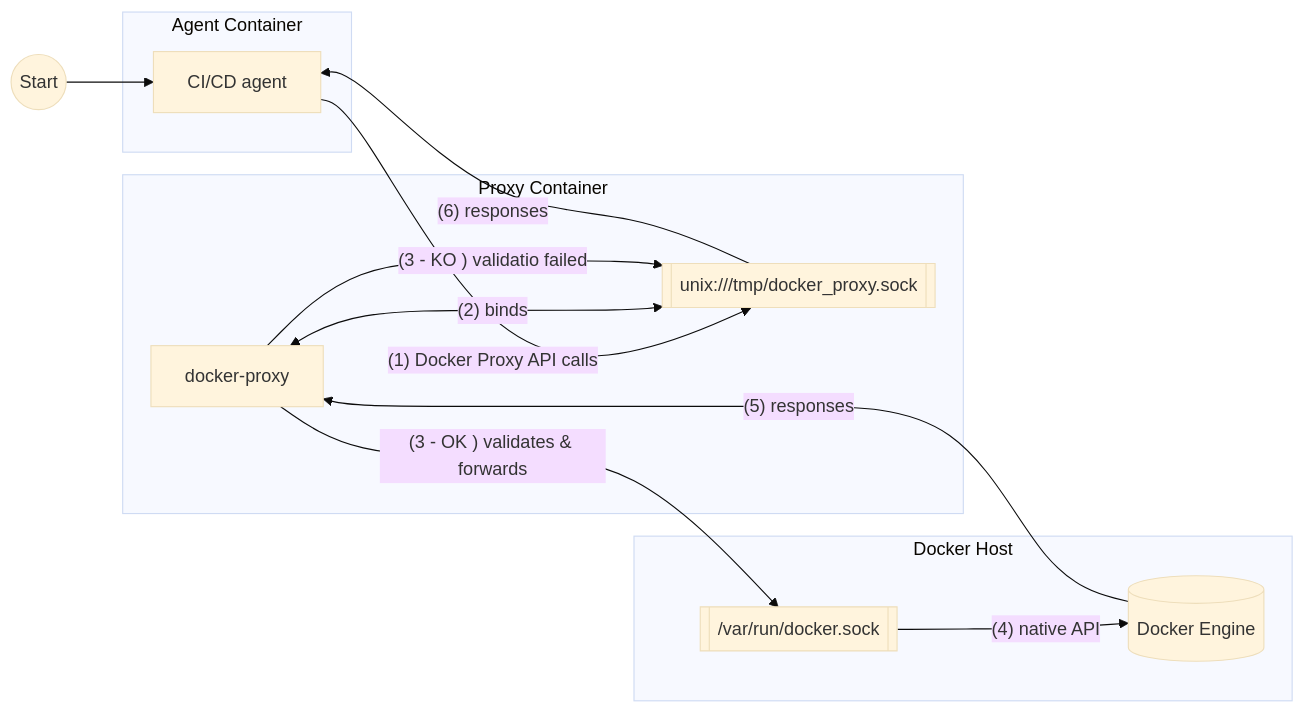
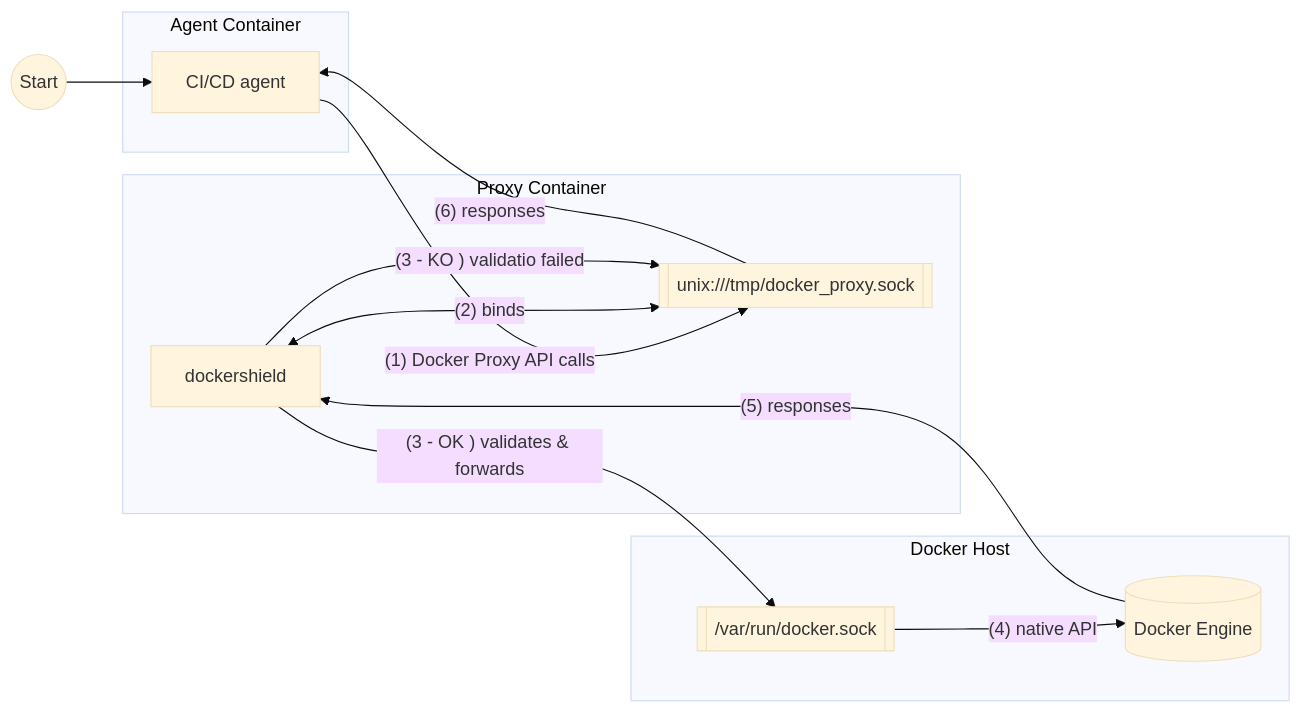
The diagram in README.md (hypolas/docker-proxy), drawn with Mermaid (base theme) before and after one commit. The commit also changed other lines of this file and 34 other files, not shown here.

````diff
--- a/README.md
+++ b/README.md
@@ -280,27 +280,27 @@
 ```mermaid
 graph LR
     subgraph "Agent Container"
         agent[CI/CD agent]
     end
 
     subgraph "Proxy Container"
-        proxy[docker-proxy]
+        proxy[dockershield]
         proxySock[[unix:///tmp/docker_proxy.sock]]
     end
 
     subgraph "Docker Host"
         dockerSock[[/var/run/docker.sock]]
         engine[(Docker Engine)]
     end
 
     start((Start))
     start --> agent[CI/CD agent]
     agent -->|"(1) Docker Proxy API calls"| proxySock
     proxy <-- "(2) binds" --> proxySock
     proxy -->|"(3 - OK ) validates & forwards"| dockerSock
     proxy -->|"(3 - KO ) validatio failed"| proxySock
     dockerSock -->|"(4) native API"| engine
     engine -->|"(5) responses"| proxy
     proxySock -->|"(6) responses"| agent
 
 ```
````
